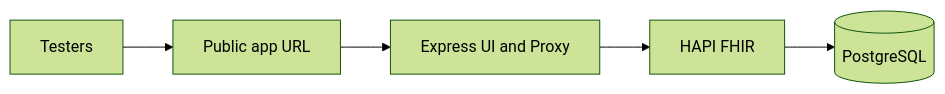
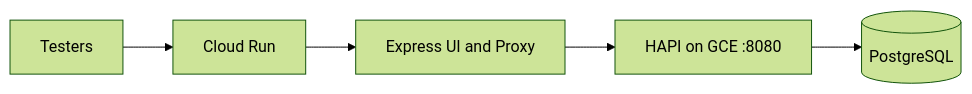
The first of 3 diagrams in deployment_options_to_review.md (simple12/fhir_patient_app), drawn with Mermaid (forest theme) before and after one commit. The commit also changed other lines of this file and 3 other files, not shown here.

First line of the commit message:
Add DEPLOYMENT.md and document GCP Cloud Run + GCE production path.

````diff
--- a/deployment_options_to_review.md
+++ b/deployment_options_to_review.md
@@ -21,7 +29,7 @@
 ```mermaid
 flowchart LR
-  Testers[Testers] --> AppURL[Public app URL]
-  AppURL --> Express[Express UI and Proxy]
-  Express --> HAPI[HAPI FHIR]
+  Testers[Testers] --> CR[Cloud Run]
+  CR --> Express[Express UI and Proxy]
+  Express --> HAPI[HAPI on GCE :8080]
   HAPI --> PG[(PostgreSQL)]
 ```
````
